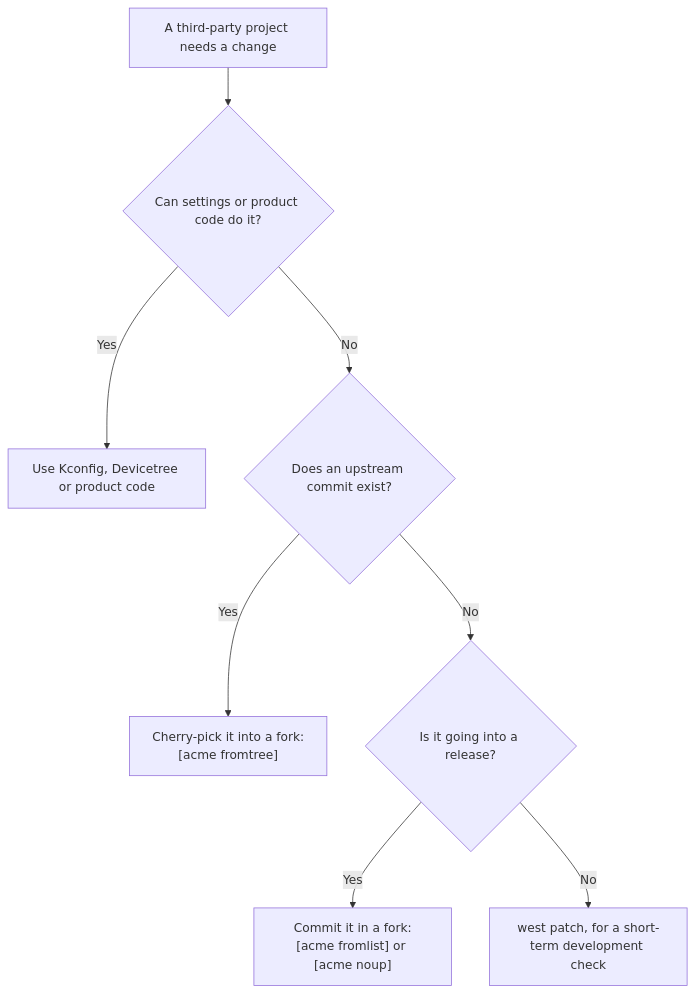
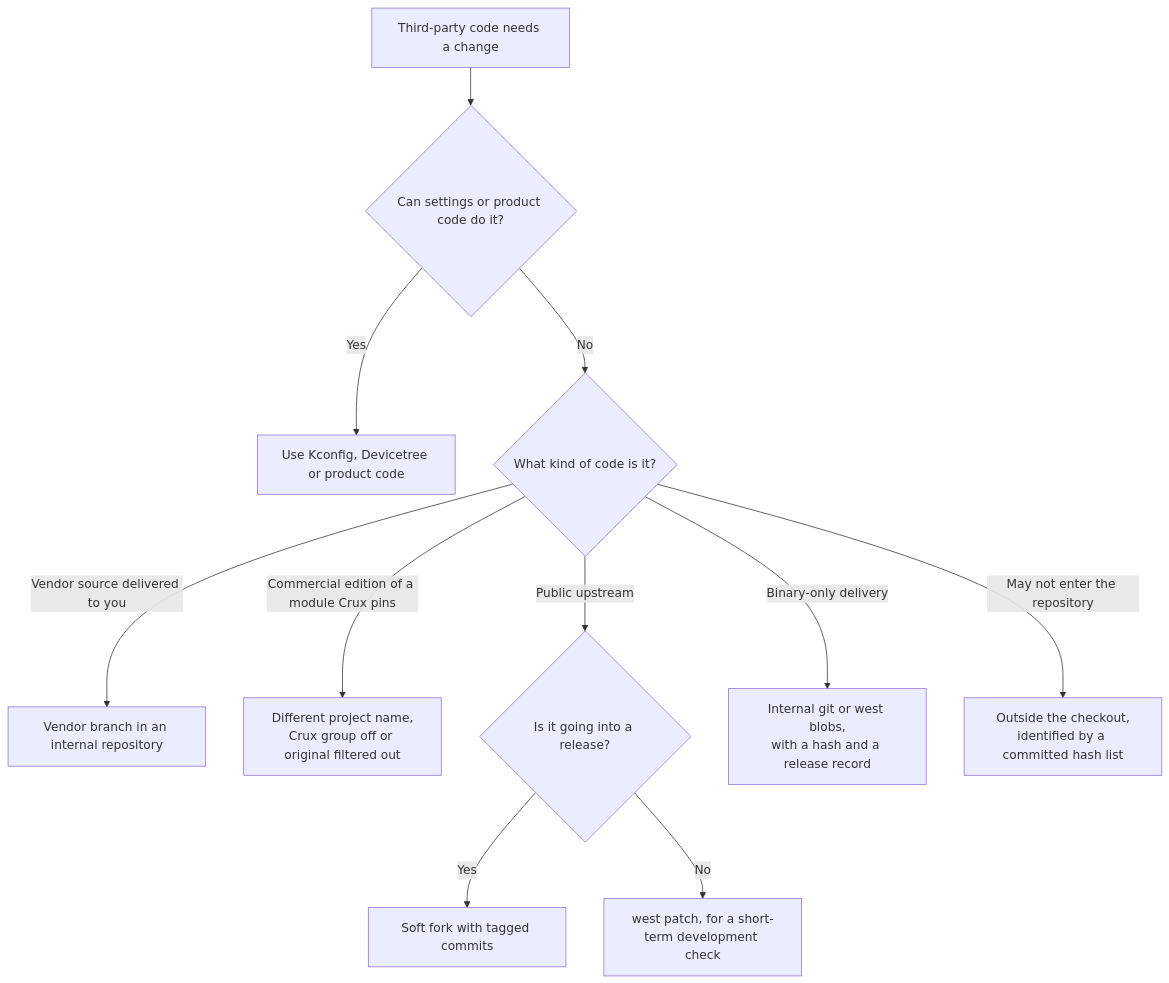
The second of 4 diagrams in docs/product-composition.md (wonny-labs/crux-pilot), drawn with Mermaid before and after one commit. The commit also changed other lines of this file and 3 other files, not shown here.

First line of the commit message:
docs: choose product modification routes by kind of code

````diff
--- a/docs/product-composition.md
+++ b/docs/product-composition.md
@@ -125,10 +151,13 @@
 ```mermaid
 flowchart TD
-    A["A third-party project needs a change"] --> B{"Can settings or product code do it?"}
+    A["Third-party code needs a change"] --> B{"Can settings or product code do it?"}
     B -->|Yes| C["Use Kconfig, Devicetree or product code"]
-    B -->|No| D{"Does an upstream commit exist?"}
-    D -->|Yes| E["Cherry-pick it into a fork:<br/>[acme fromtree]"]
-    D -->|No| F{"Is it going into a release?"}
-    F -->|Yes| G["Commit it in a fork:<br/>[acme fromlist] or [acme noup]"]
-    F -->|No| H["west patch, for a short-term development check"]
+    B -->|No| D{"What kind of code is it?"}
+    D -->|"Vendor source delivered to you"| E["Vendor branch in an internal repository"]
+    D -->|"Commercial edition of a module Crux pins"| F["Different project name,<br/>Crux group off or original filtered out"]
+    D -->|"Public upstream"| G{"Is it going into a release?"}
+    G -->|Yes| H["Soft fork with tagged commits"]
+    G -->|No| I["west patch, for a short-term development check"]
+    D -->|"Binary-only delivery"| J["Internal git or west blobs,<br/>with a hash and a release record"]
+    D -->|"May not enter the repository"| K["Outside the checkout,<br/>identified by a committed hash list"]
 ```
````
